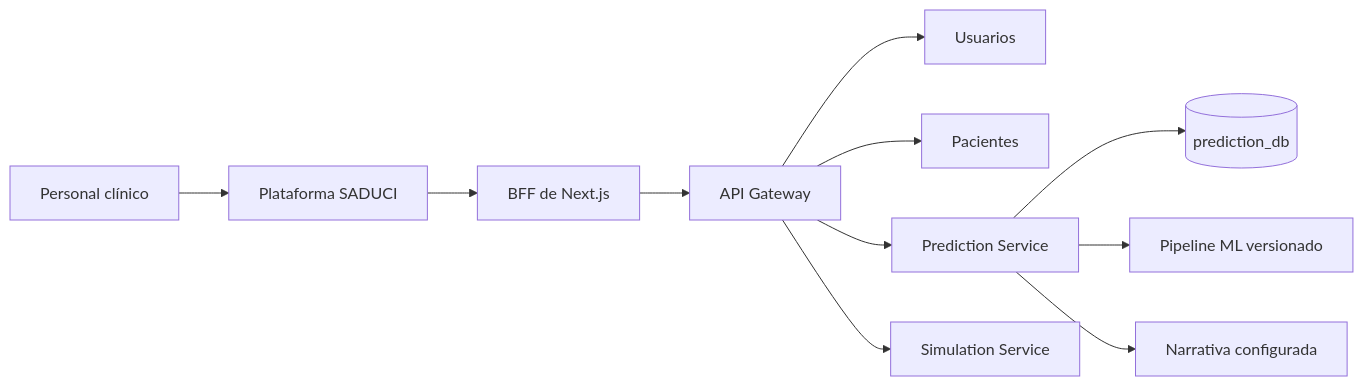
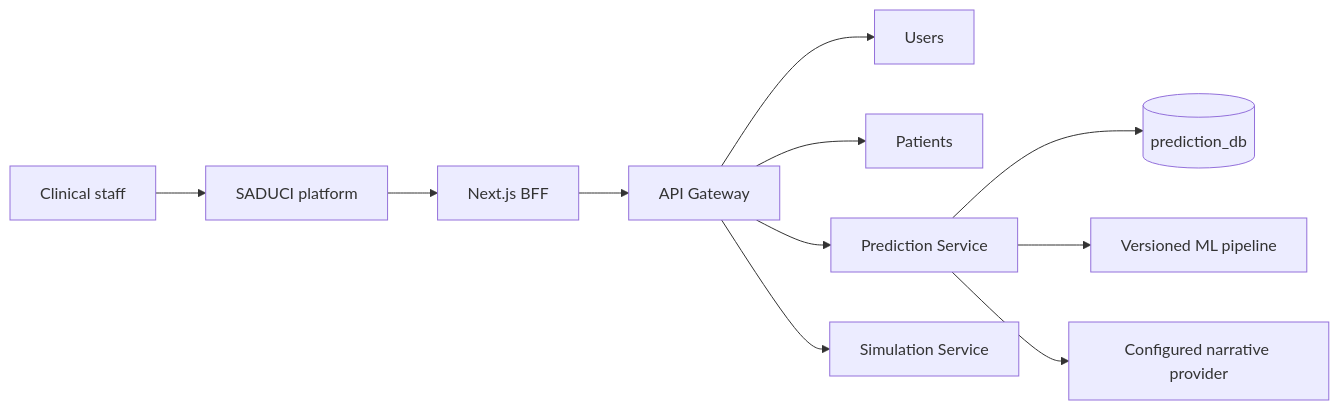
The first of 2 diagrams in IntegracionSADUCI2026.md (acferriol/Intensive-Care-Hidden-Mortality), drawn with Mermaid before and after one commit. The commit also changed other lines of this file and 1 other file, not shown here.

Commit message:
docs: translate project and SADUCI integration reports into English

````diff
--- a/IntegracionSADUCI2026.md
+++ b/IntegracionSADUCI2026.md
@@ -62,13 +62,13 @@
 ```mermaid
 flowchart LR
-    U[Personal clínico] --> P[Plataforma SADUCI]
-    P --> B[BFF de Next.js]
+    U[Clinical staff] --> P[SADUCI platform]
+    P --> B[Next.js BFF]
     B --> G[API Gateway]
-    G --> A[Usuarios]
-    G --> C[Pacientes]
+    G --> A[Users]
+    G --> C[Patients]
     G --> M[Prediction Service]
     G --> S[Simulation Service]
     M --> D[(prediction_db)]
-    M --> F[Pipeline ML versionado]
-    M --> N[Narrativa configurada]
+    M --> F[Versioned ML pipeline]
+    M --> N[Configured narrative provider]
 ```
````
